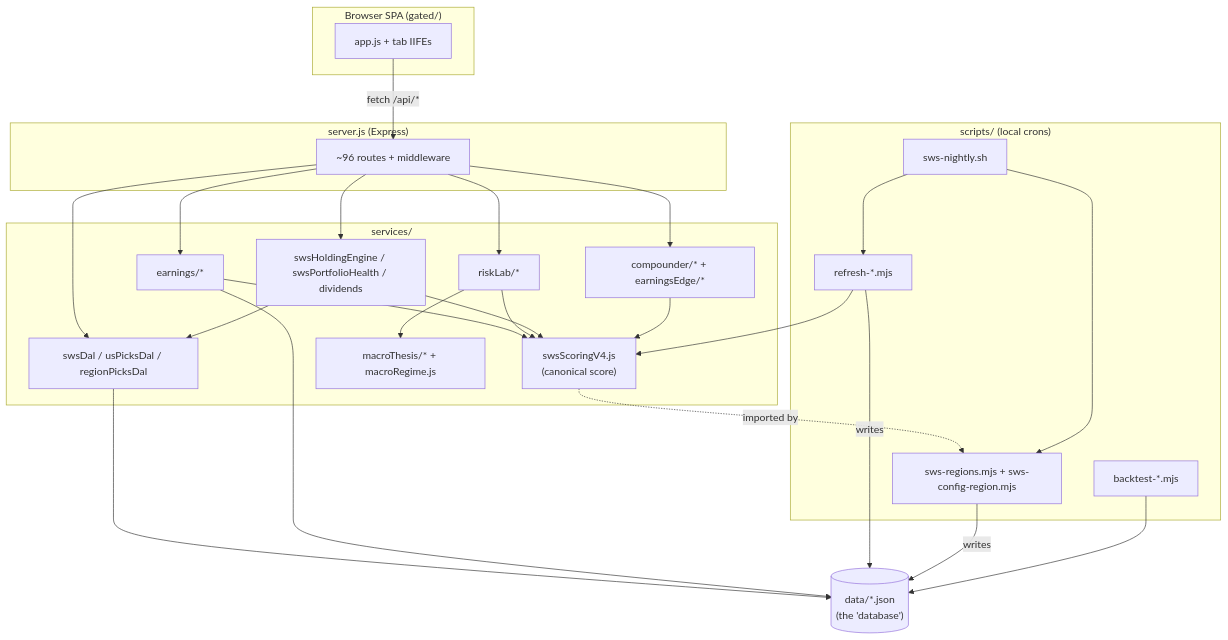
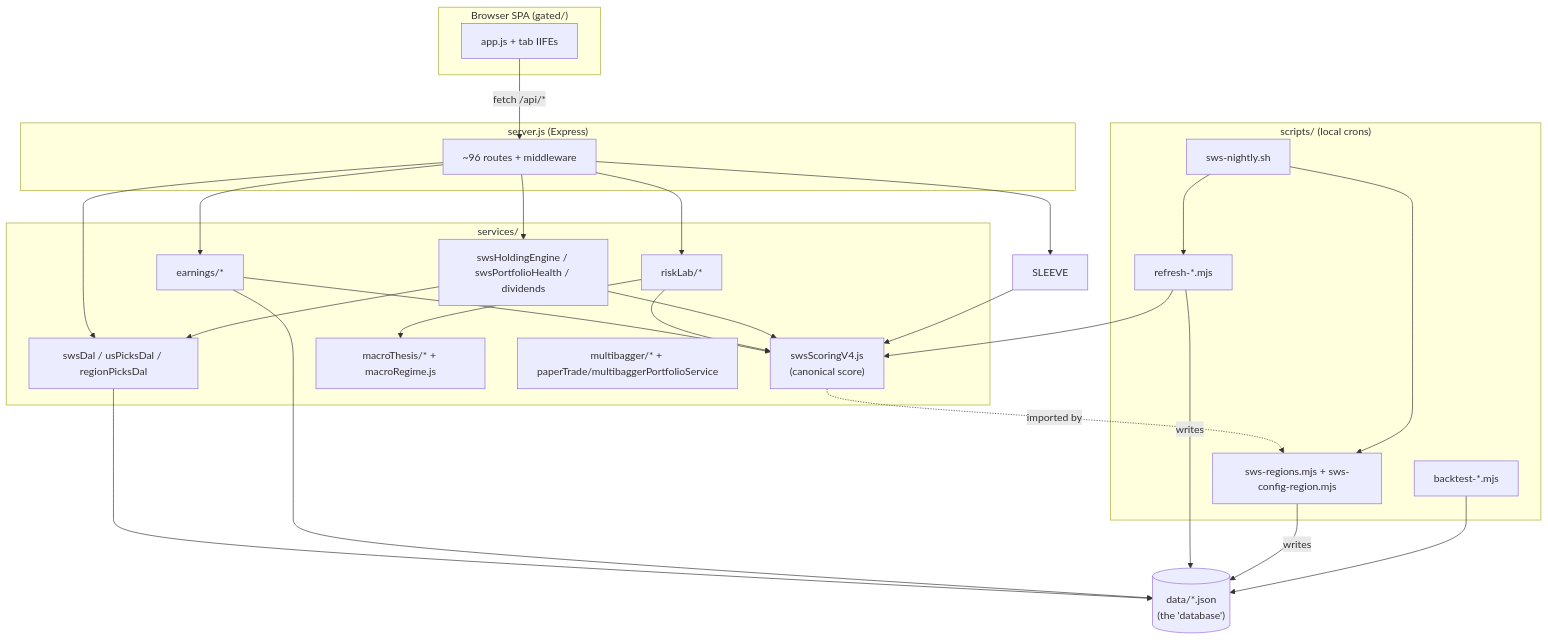
One commit to mayanktaluja/stock-platform changed the third of 3 diagrams in docs/ARCHITECTURE.md. Above: the diagram before and after it, drawn with Mermaid. The commit also changed other lines of this file and 48 other files, not shown here.

First line of the commit message:
chore(labs): decommission compounder and earnings edge

````diff
--- a/docs/ARCHITECTURE.md
+++ b/docs/ARCHITECTURE.md
@@ -706,47 +685,47 @@
 ```mermaid
 flowchart TD
   subgraph client["Browser SPA (gated/)"]
     APPJS["app.js + tab IIFEs"]
   end
   subgraph server["server.js (Express)"]
     ROUTES["~96 routes + middleware"]
   end
   subgraph svc["services/"]
     SCORE["swsScoringV4.js\n(canonical score)"]
     DAL["swsDal / usPicksDal / regionPicksDal"]
     EARN["earnings/*"]
     RISK["riskLab/*"]
     MACRO["macroThesis/* + macroRegime.js"]
     PORT["swsHoldingEngine / swsPortfolioHealth / dividends"]
-    SLEEVE["compounder/* + earningsEdge/*"]
+    MULTI["multibagger/* + paperTrade/multibaggerPortfolioService"]
   end
   subgraph scripts["scripts/ (local crons)"]
     NIGHTLY["sws-nightly.sh"]
     REGIONS["sws-regions.mjs + sws-config-region.mjs"]
     REFRESH["refresh-*.mjs"]
     BT["backtest-*.mjs"]
   end
   DATA[("data/*.json\n(the 'database')")]
 
   APPJS -->|fetch /api/*| ROUTES
   ROUTES --> DAL
   ROUTES --> EARN
   ROUTES --> RISK
   ROUTES --> PORT
   ROUTES --> SLEEVE
   DAL --> DATA
   EARN --> SCORE
   EARN --> DATA
   RISK --> SCORE
   RISK --> MACRO
   PORT --> SCORE
   PORT --> DAL
   SLEEVE --> SCORE
   SCORE -.imported by.-> REGIONS
   NIGHTLY --> REFRESH
   NIGHTLY --> REGIONS
   REFRESH --> SCORE
   REFRESH -->|writes| DATA
   REGIONS -->|writes| DATA
   BT --> DATA
 ```
````
